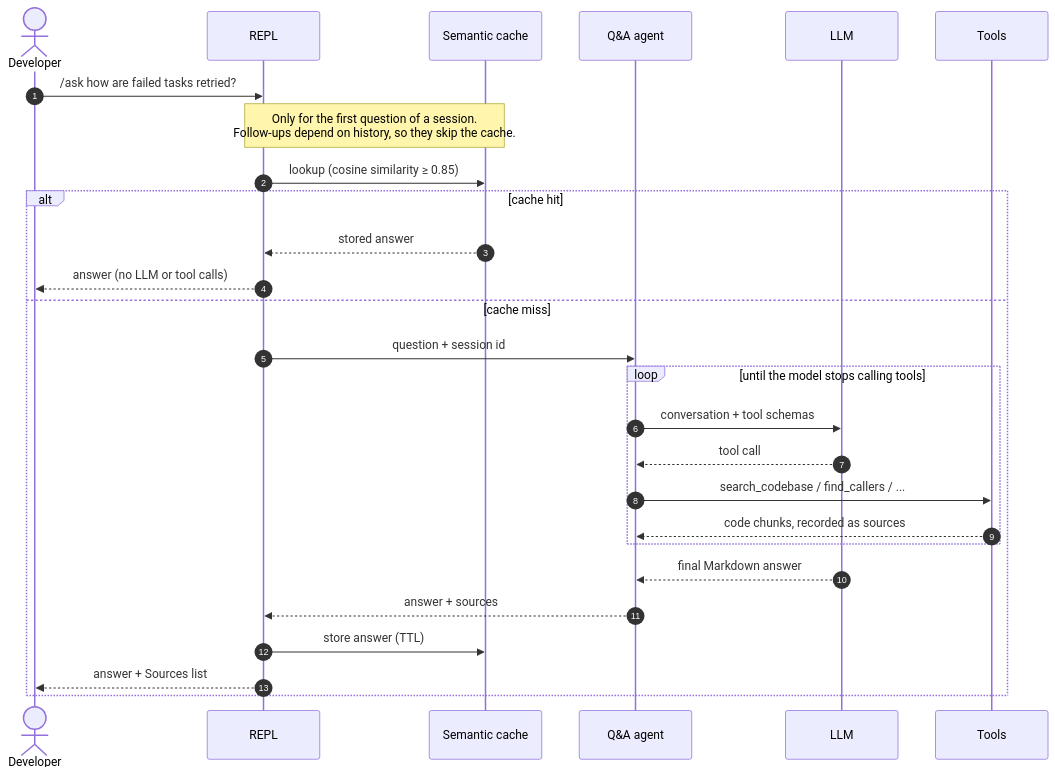
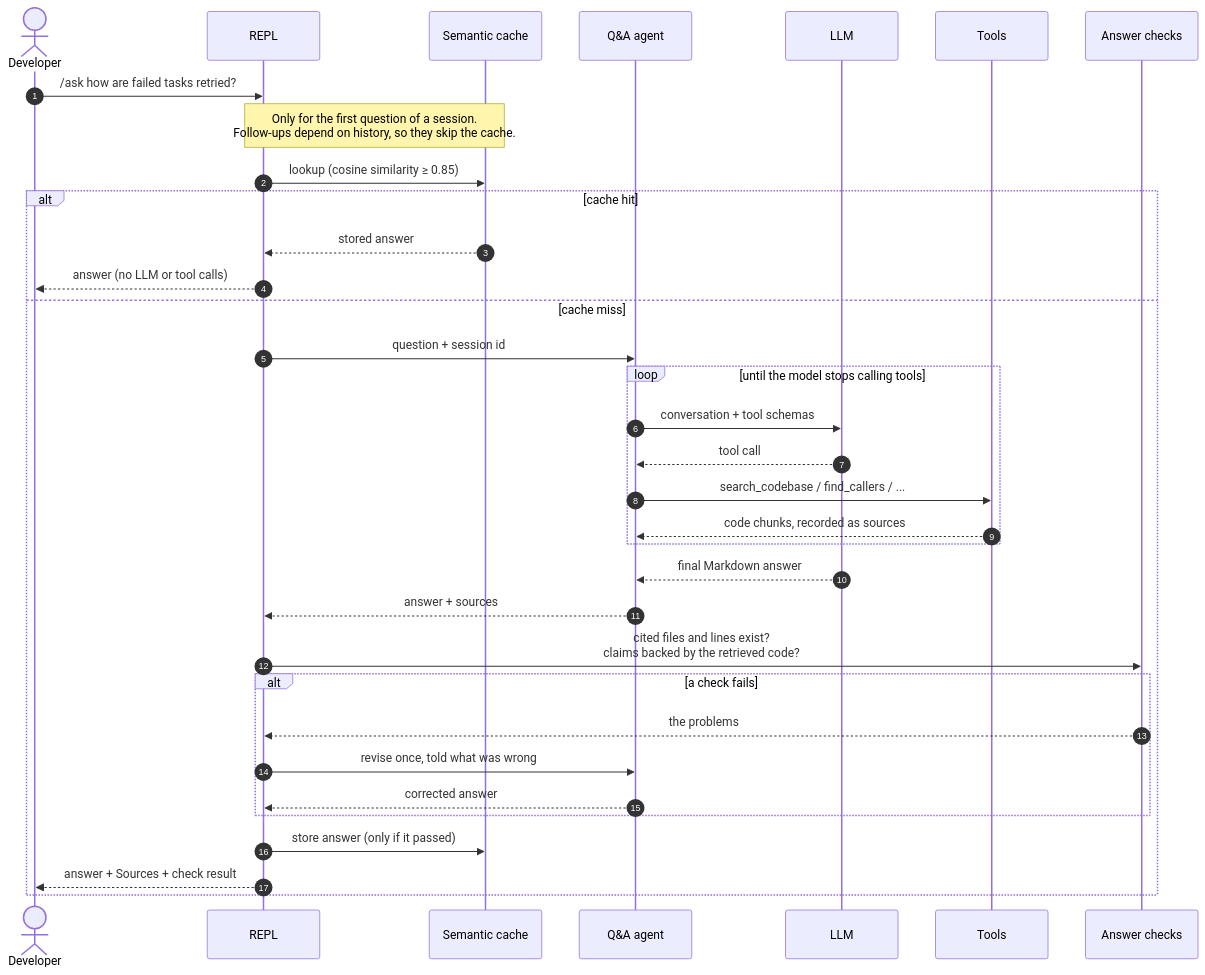
The third of 10 diagrams in README.md (Parth-Babariya/RepoPilot), drawn with Mermaid before and after one commit. The commit also changed other lines of this file and 27 other files, not shown here.

````diff
--- a/README.md
+++ b/README.md
@@ -202,30 +211,37 @@
 ```mermaid
 sequenceDiagram
     autonumber
     actor U as Developer
     participant R as REPL
     participant C as Semantic cache
     participant A as Q&A agent
     participant L as LLM
     participant T as Tools
+    participant V as Answer checks
 
     U->>R: /ask how are failed tasks retried?
     Note over R,C: Only for the first question of a session.<br/>Follow-ups depend on history, so they skip the cache.
     R->>C: lookup (cosine similarity ≥ 0.85)
     alt cache hit
         C-->>R: stored answer
         R-->>U: answer (no LLM or tool calls)
     else cache miss
         R->>A: question + session id
         loop until the model stops calling tools
             A->>L: conversation + tool schemas
             L-->>A: tool call
             A->>T: search_codebase / find_callers / ...
             T-->>A: code chunks, recorded as sources
         end
         L-->>A: final Markdown answer
         A-->>R: answer + sources
-        R->>C: store answer (TTL)
-        R-->>U: answer + Sources list
+        R->>V: cited files and lines exist?<br/>claims backed by the retrieved code?
+        alt a check fails
+            V-->>R: the problems
+            R->>A: revise once, told what was wrong
+            A-->>R: corrected answer
+        end
+        R->>C: store answer (only if it passed)
+        R-->>U: answer + Sources + check result
     end
 ```
````
